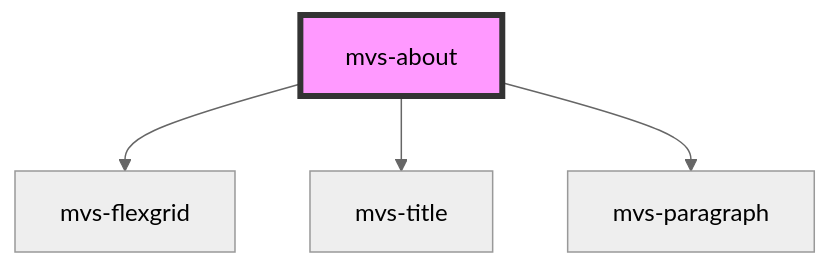
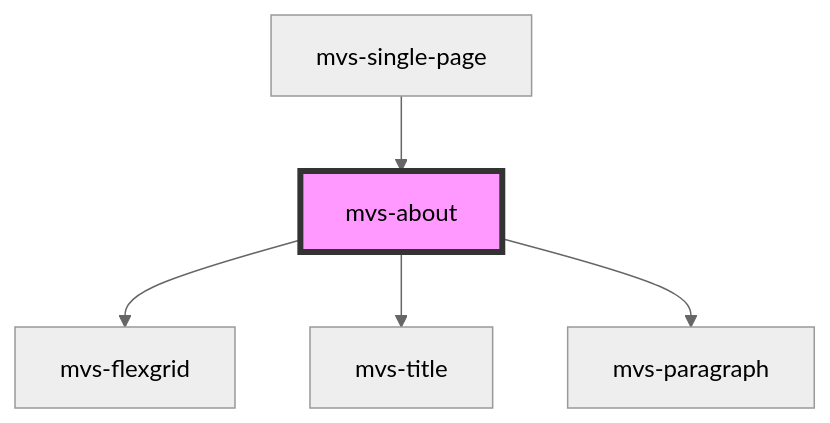
One commit to rafaela-vairo/mvs-design-system changed the diagram in src/components/sections/mvs-about/readme.md. Above: the diagram before and after it, drawn with Mermaid (neutral theme). The commit also changed other lines of this file and 29 other files, not shown here.

````diff
--- a/src/components/sections/mvs-about/readme.md
+++ b/src/components/sections/mvs-about/readme.md
@@ -25,7 +29,8 @@
 ```mermaid
 graph TD;
   mvs-about --> mvs-flexgrid
   mvs-about --> mvs-title
   mvs-about --> mvs-paragraph
+  mvs-single-page --> mvs-about
   style mvs-about fill:#f9f,stroke:#333,stroke-width:4px
 ```
````
